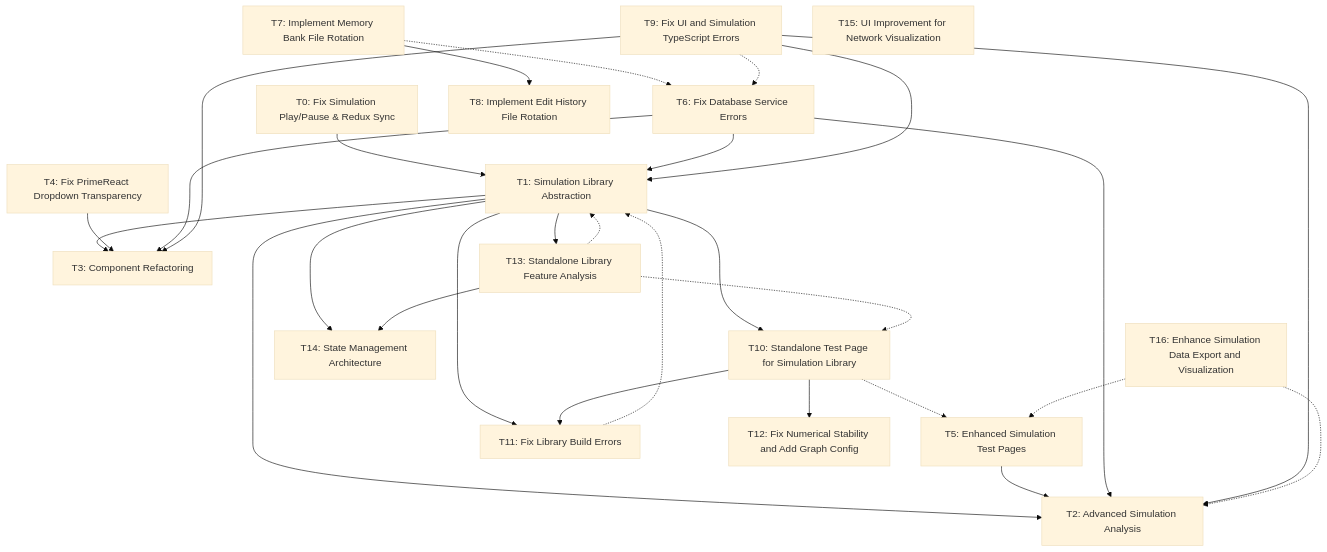
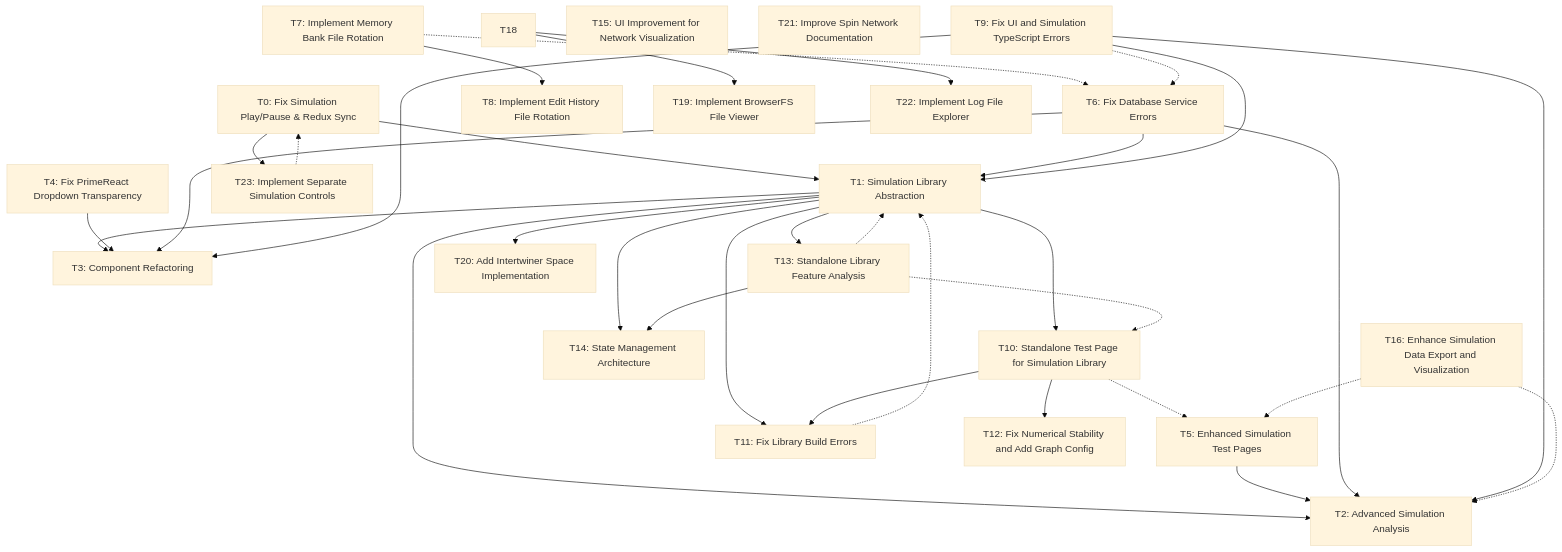
One commit to space-cadet/spin_network_app changed the diagram in memory-bank/tasks.md. Above: the diagram before and after it, drawn with Mermaid (base theme). The commit also changed other lines of this file and 7 other files, not shown here.

First line of the commit message:
Fix simulation controls to properly handle pause/resume/stop

````diff
--- a/memory-bank/tasks.md
+++ b/memory-bank/tasks.md
@@ -706,48 +733,58 @@
 ```mermaid
 graph TD
     T1[T1: Simulation Library Abstraction]
     T2[T2: Advanced Simulation Analysis]
     T3[T3: Component Refactoring]
     T0[T0: Fix Simulation Play/Pause & Redux Sync]
     T4[T4: Fix PrimeReact Dropdown Transparency]
     T5[T5: Enhanced Simulation Test Pages]
     T6[T6: Fix Database Service Errors]
     T7[T7: Implement Memory Bank File Rotation]
     T8[T8: Implement Edit History File Rotation]
     T9[T9: Fix UI and Simulation TypeScript Errors]
     T10[T10: Standalone Test Page for Simulation Library]
     T11[T11: Fix Library Build Errors]
     T12[T12: Fix Numerical Stability and Add Graph Config]
     T13[T13: Standalone Library Feature Analysis]
     T14[T14: State Management Architecture]
     T15[T15: UI Improvement for Network Visualization]
     T16[T16: Enhance Simulation Data Export and Visualization]
+    T19[T19: Implement BrowserFS File Viewer]
+    T20[T20: Add Intertwiner Space Implementation]
+    T21[T21: Improve Spin Network Documentation]
+    T22[T22: Implement Log File Explorer]
+    T23[T23: Implement Separate Simulation Controls]
     
     T0 --> T1
+    T0 --> T23
     T1 --> T2
     T1 --> T3
     T1 --> T10
     T1 --> T11
     T1 --> T13
     T1 --> T14
+    T1 --> T20
     T4 --> T3
     T5 --> T2
     T6 --> T1
     T6 --> T2
     T6 --> T3
     T7 -.-> T6
     T7 --> T8
     T9 --> T1
     T9 --> T2
     T9 --> T3
     T9 -.-> T6
     T10 -.-> T5
     T10 --> T11
     T10 --> T12
     T11 -.-> T1
     T13 --> T14
     T13 -.-> T1
     T13 -.-> T10
     T16 -.-> T2
     T16 -.-> T5
+    T18 --> T19
+    T18 --> T22
+    T23 -.-> T0
 ```
````
